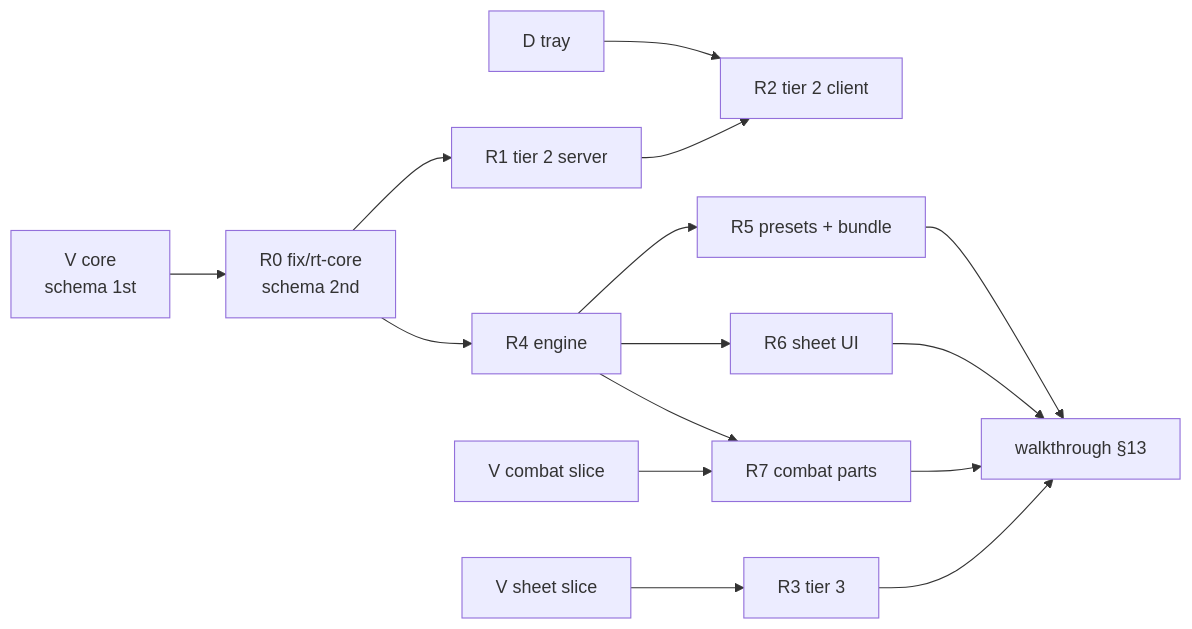
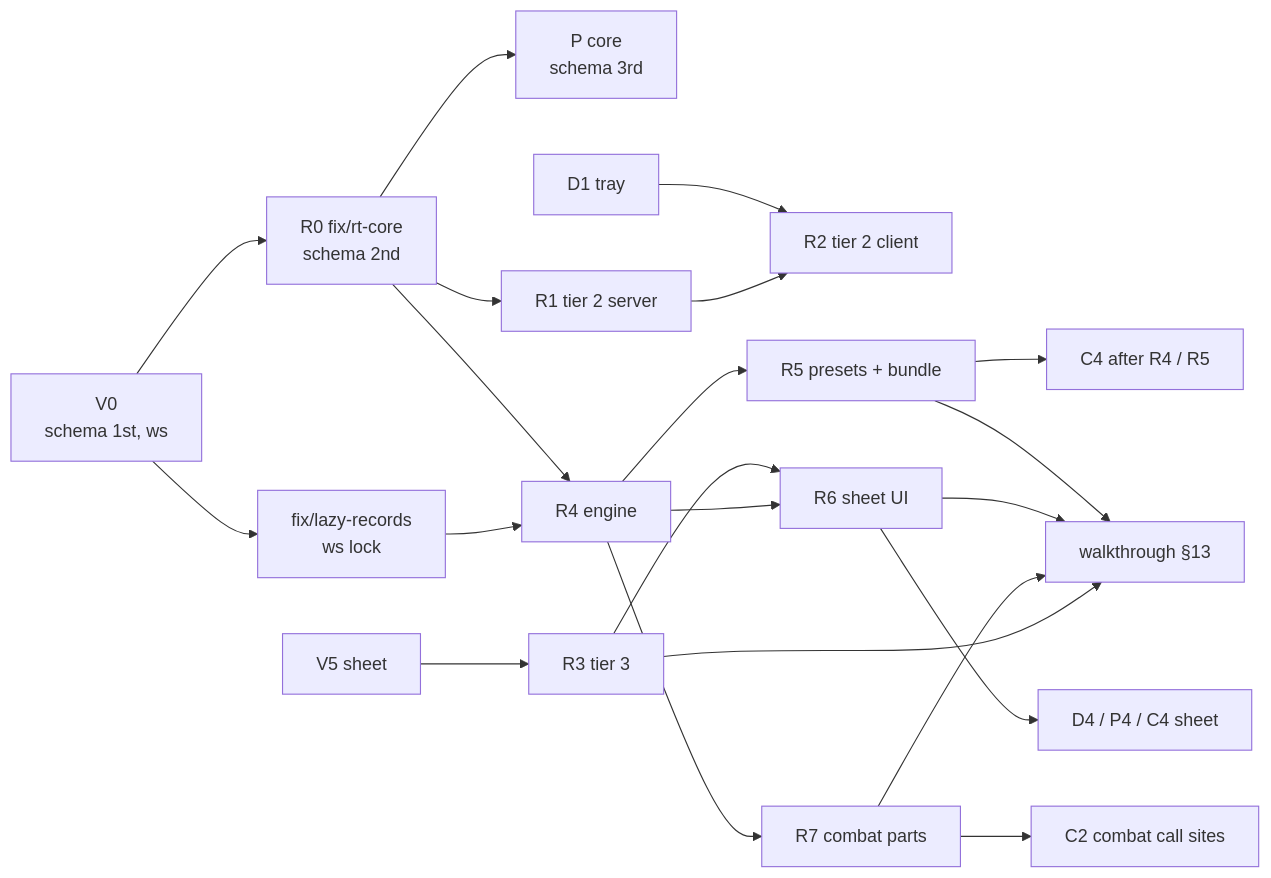
Before and after one commit to szymonbalasz/pocket-plane: the third of 3 diagrams in docs/specs/effect-modifiers.md, drawn with Mermaid. The commit also changed other lines of this file and 1 other file, not shown here.

````diff
--- a/docs/specs/effect-modifiers.md
+++ b/docs/specs/effect-modifiers.md
@@ -525,17 +543,23 @@
 ```mermaid
 flowchart LR
-  VC[V core<br/>schema 1st] --> R0[R0 fix/rt-core<br/>schema 2nd]
+  VC[V0<br/>schema 1st, ws] --> R0[R0 fix/rt-core<br/>schema 2nd]
+  VC --> LR[fix/lazy-records<br/>ws lock]
+  R0 --> PC[P core<br/>schema 3rd]
   R0 --> R1[R1 tier 2 server]
   R0 --> R4[R4 engine]
-  DT[D tray] --> R2[R2 tier 2 client]
+  LR --> R4
+  DT[D1 tray] --> R2[R2 tier 2 client]
   R1 --> R2
-  VS[V sheet slice] --> R3[R3 tier 3]
+  VS[V5 sheet] --> R3[R3 tier 3]
+  R3 --> R6
   R4 --> R5[R5 presets + bundle]
   R4 --> R6[R6 sheet UI]
   R4 --> R7[R7 combat parts]
-  VCB[V combat slice] --> R7
+  R6 --> D4[D4 / P4 / C4 sheet]
+  R5 --> C4[C4 after R4 / R5]
+  R7 --> C2[C2 combat call sites]
   R5 --> W[walkthrough §13]
   R6 --> W
   R7 --> W
   R3 --> W
 ```
````
